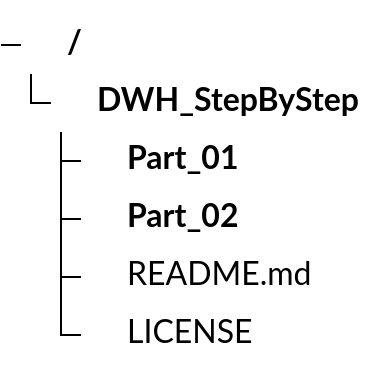
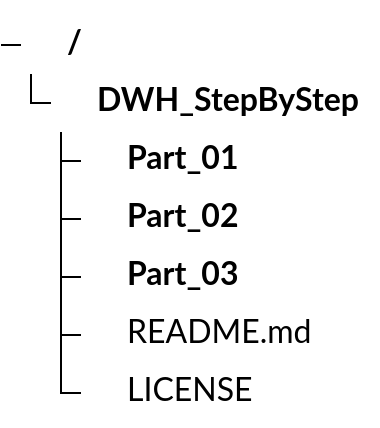
Before and after one commit to dyacc11/DWH-StepByStep: the diagram in README.md, drawn with Mermaid (neutral theme). The commit also changed other lines of this file and 32 other files, not shown here.

````diff
--- a/README.md
+++ b/README.md
@@ -13,13 +13,14 @@
 ```mermaid
 ---
 config:
   treeView:
     showIcons: true
 ---
 treeView-beta
   DWH_StepByStep/
     Part_01/
     Part_02/
+    Part_03/
     README.md
     LICENSE
 ```
````
